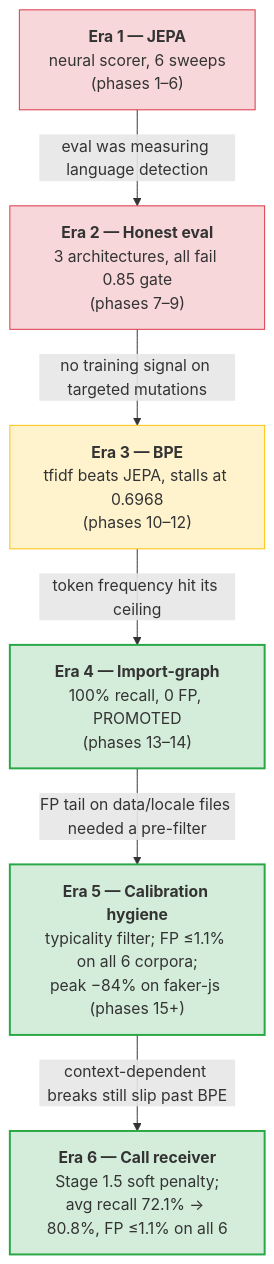
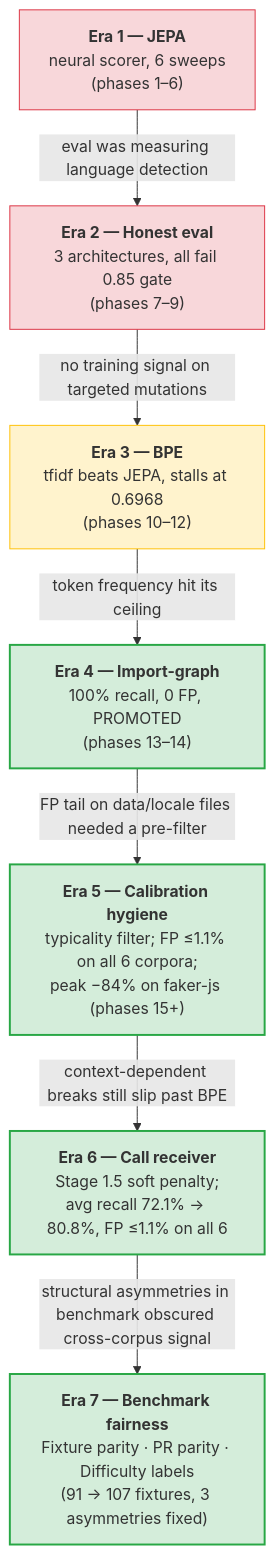
Before and after one commit to get-tmonier/argot: the first of 6 diagrams in docs/research/README.md, drawn with Mermaid. The commit also changed other lines of this file and 53 other files, not shown here.

First line of the commit message:
feat(bench): era-7 benchmark fairness — fixture parity, PR harmonisation, difficulty labels (#26)

````diff
--- a/docs/research/README.md
+++ b/docs/research/README.md
@@ -20,22 +20,25 @@
 ```mermaid
 flowchart TD
     E1["<b>Era 1 — JEPA</b><br/>neural scorer, 6 sweeps<br/>(phases 1–6)"]
     E2["<b>Era 2 — Honest eval</b><br/>3 architectures, all fail 0.85 gate<br/>(phases 7–9)"]
     E3["<b>Era 3 — BPE</b><br/>tfidf beats JEPA, stalls at 0.6968<br/>(phases 10–12)"]
     E4["<b>Era 4 — Import-graph</b><br/>100% recall, 0 FP, PROMOTED<br/>(phases 13–14)"]
     E5["<b>Era 5 — Calibration hygiene</b><br/>typicality filter; FP ≤1.1% on all 6 corpora;<br/>peak −84% on faker-js (phases 15+)"]
     E6["<b>Era 6 — Call receiver</b><br/>Stage 1.5 soft penalty;<br/>avg recall 72.1% → 80.8%, FP ≤1.1% on all 6"]
+    E7["<b>Era 7 — Benchmark fairness</b><br/>Fixture parity · PR parity · Difficulty labels<br/>(91 → 107 fixtures, 3 asymmetries fixed)"]
 
     E1 -->|"eval was measuring language detection"| E2
     E2 -->|"no training signal on targeted mutations"| E3
     E3 -->|"token frequency hit its ceiling"| E4
     E4 -->|"FP tail on data/locale files needed a pre-filter"| E5
     E5 -->|"context-dependent breaks still slip past BPE"| E6
+    E6 -->|"structural asymmetries in benchmark obscured cross-corpus signal"| E7
 
     style E1 fill:#f8d7da,stroke:#dc3545
     style E2 fill:#f8d7da,stroke:#dc3545
     style E3 fill:#fff3cd,stroke:#ffc107
     style E4 fill:#d4edda,stroke:#28a745,stroke-width:2px
     style E5 fill:#d4edda,stroke:#28a745,stroke-width:2px
     style E6 fill:#d4edda,stroke:#28a745,stroke-width:2px
+    style E7 fill:#d4edda,stroke:#28a745,stroke-width:2px
 ```
````
